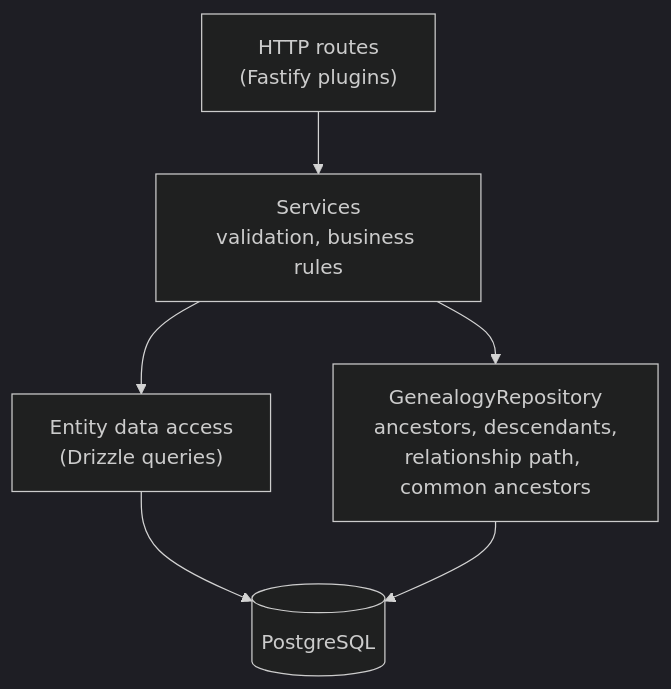
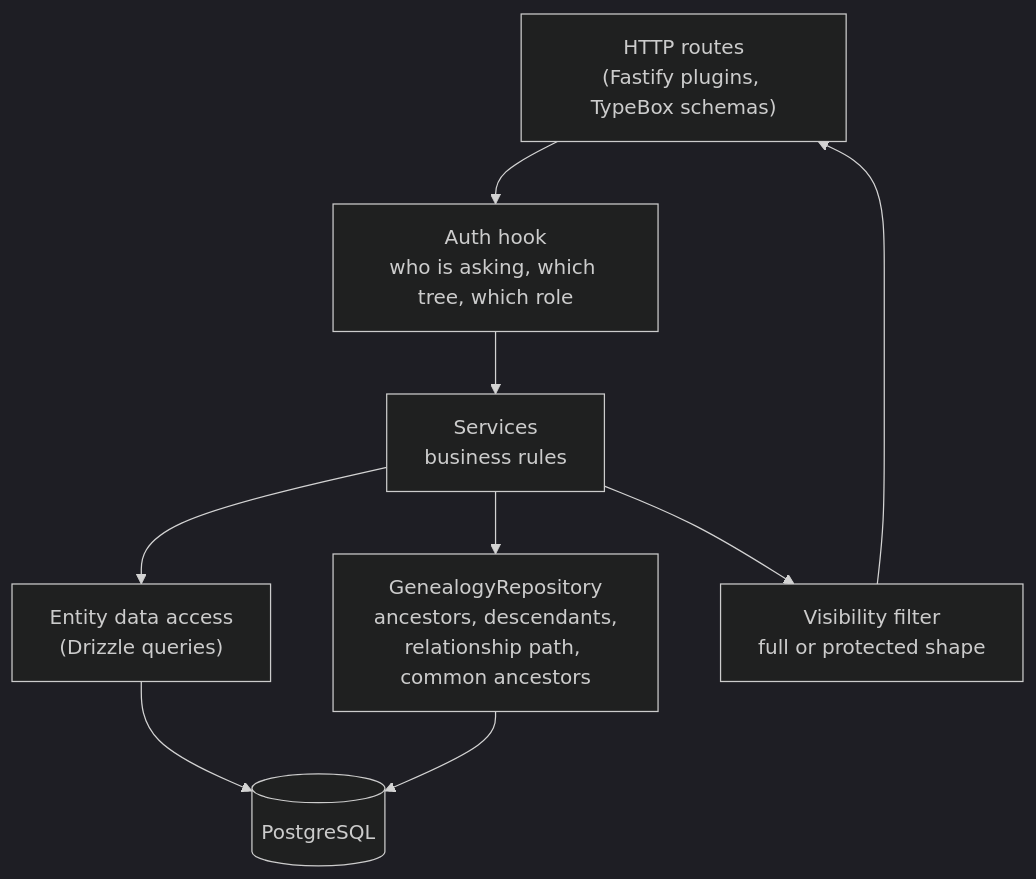
Before and after one commit to Alfredo-Moreira/nos_raiz: the third of 4 diagrams in docs/architecture/overview.md, drawn with Mermaid (dark theme). The commit also changed other lines of this file and 26 other files, not shown here.

First line of the commit message:
docs: record architecture, access and hosting decisions

````diff
--- a/docs/architecture/overview.md
+++ b/docs/architecture/overview.md
@@ -50,8 +54,11 @@
 ```mermaid
 flowchart TB
-    routes["HTTP routes<br/>(Fastify plugins)"] --> services["Services<br/>validation, business rules"]
+    routes["HTTP routes<br/>(Fastify plugins, TypeBox schemas)"] --> auth["Auth hook<br/>who is asking, which tree, which role"]
+    auth --> services["Services<br/>business rules"]
     services --> crud["Entity data access<br/>(Drizzle queries)"]
     services --> repo["GenealogyRepository<br/>ancestors, descendants,<br/>relationship path, common ancestors"]
+    services --> vis["Visibility filter<br/>full or protected shape"]
     crud --> pg[(PostgreSQL)]
     repo --> pg
+    vis --> routes
 ```
````
